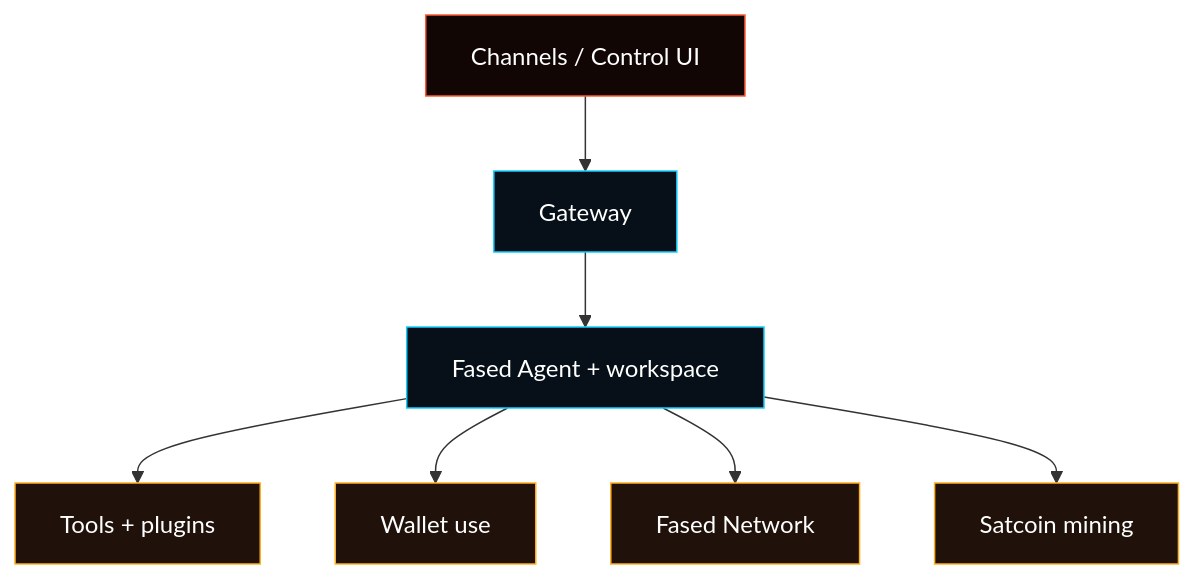
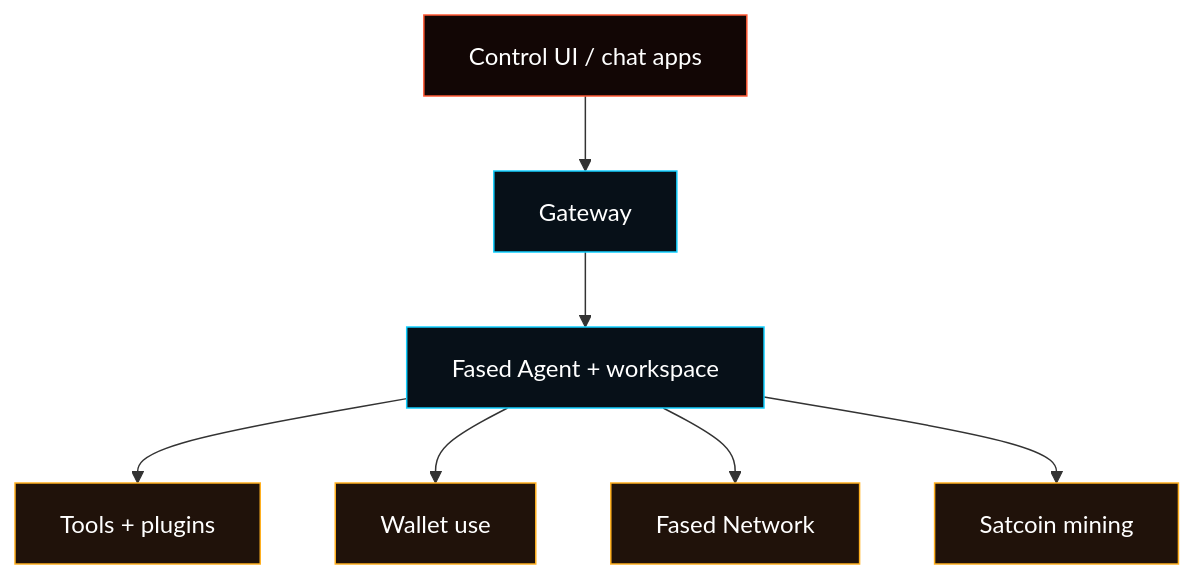
One commit to fased-ai/fased changed the diagram in docs/start/fased.md. Above: the diagram before and after it, drawn with Mermaid. The commit also changed other lines of this file and 28 other files, not shown here.

````diff
--- a/docs/start/fased.md
+++ b/docs/start/fased.md
@@ -40,16 +40,16 @@
 ```mermaid
 flowchart TB
-  entry["Channels / Control UI"] --> gateway["Gateway"]
+  entry["Control UI / chat apps"] --> gateway["Gateway"]
   gateway --> agent["Fased Agent + workspace"]
   agent --> tools["Tools + plugins"]
   agent --> wallets["Wallet use"]
   agent --> network["Fased Network"]
   agent --> mining["Satcoin mining"]
 
   classDef entry fill:#120605,stroke:#ff5a36,color:#ffffff;
   classDef core fill:#071018,stroke:#12cfff,color:#ffffff;
-  classDef operator fill:#20120a,stroke:#ffb020,color:#ffffff;
+  classDef addon fill:#20120a,stroke:#ffb020,color:#ffffff;
   class entry entry;
   class gateway,agent core;
-  class tools,wallets,network,mining operator;
+  class tools,wallets,network,mining addon;
 ```
````
